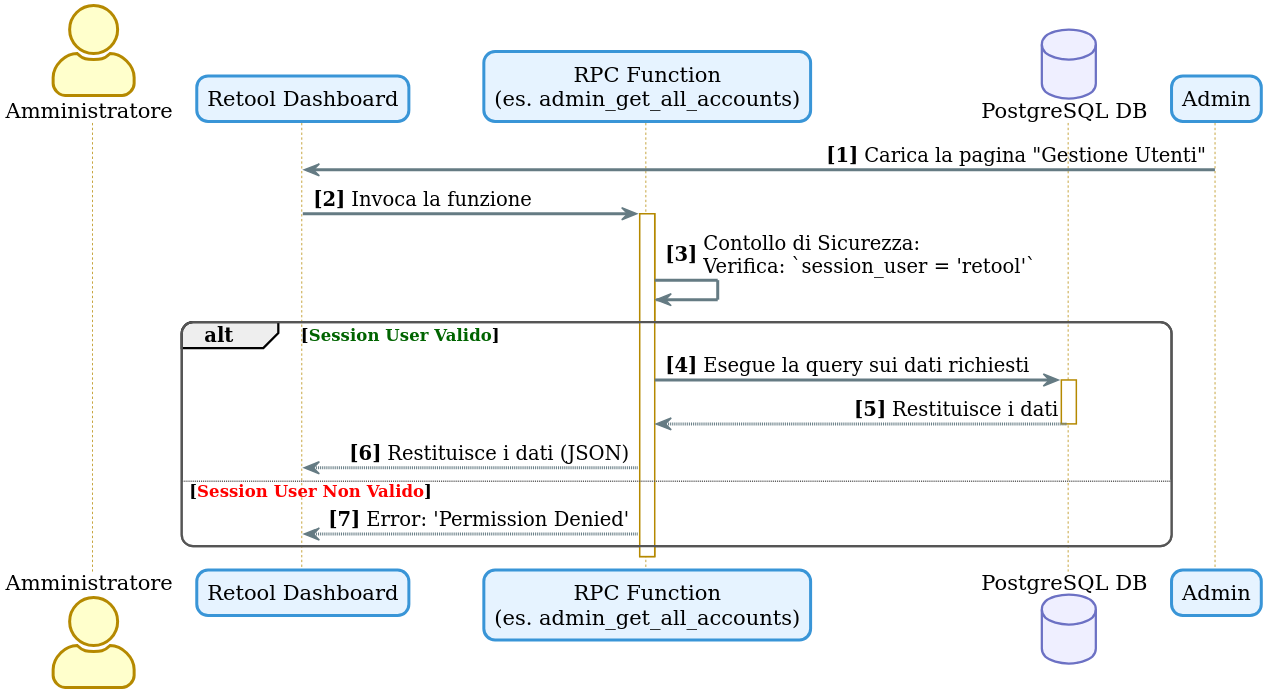
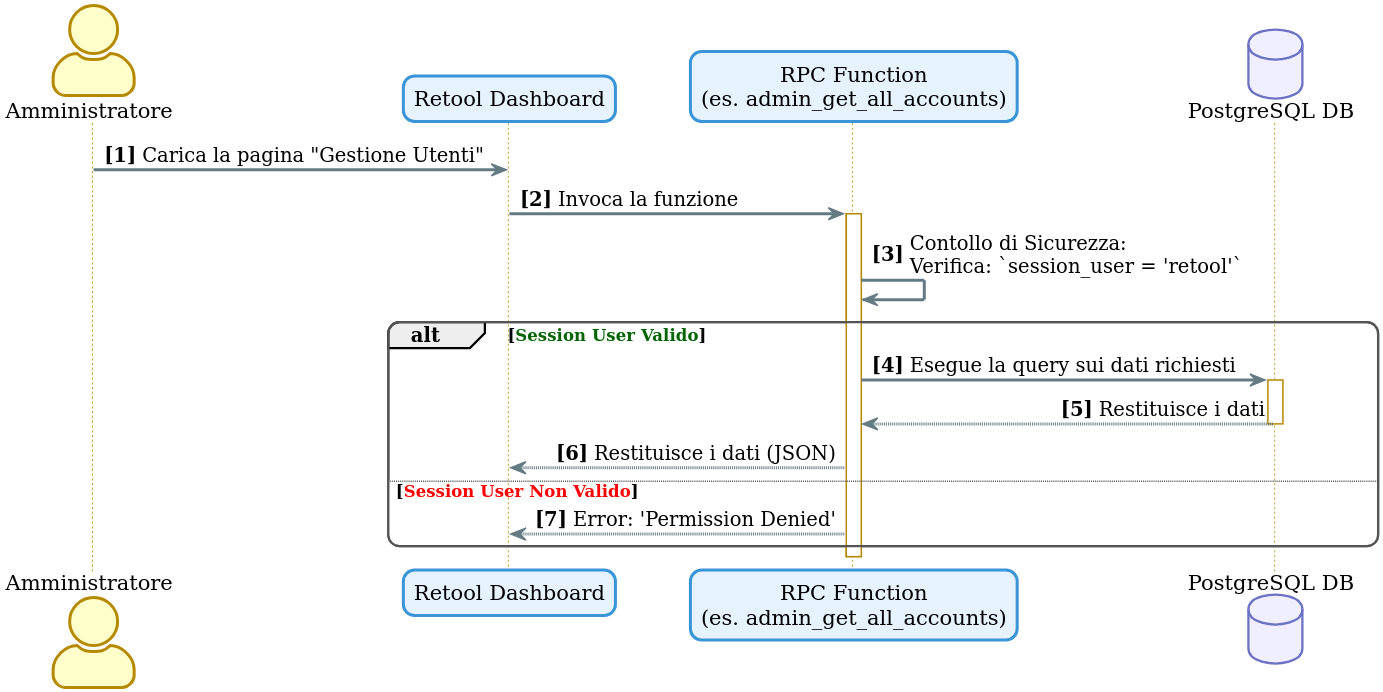
One commit to TMoretta/Swift-Contest changed the diagram in thesis/diagrams/src/retool-rpc-call.puml. Above: the diagram before and after it, drawn with PlantUML. The commit also changed 61 other files, not shown here.

```diff
--- a/thesis/diagrams/src/retool-rpc-call.puml
+++ b/thesis/diagrams/src/retool-rpc-call.puml
@@ -1,49 +1,49 @@
 @startuml
 
 !theme sunlust
 skinparam dpi 300
 skinparam backgroundColor transparent
 skinparam actorStyle awesome
 skinparam shadowing false
 
 autonumber "<b>[0]"
 
 skinparam package {
     backgroundColor #FFFFFF
     borderColor #555555
 }
 skinparam participant {
   backgroundColor #E6F3FF
   borderColor #3995D7
 }
 
 ' =======================================
 ' Definizione dei Partecipanti
 ' =======================================
-actor Amministratore
+actor Amministratore as Admin
 participant "Retool Dashboard" as Retool
 participant "RPC Function\n(es. admin_get_all_accounts)" as RPC
 database "PostgreSQL DB" as DB
 
 ' =======================================
 ' Flusso della Chiamata Sicura
 ' =======================================
 Admin -> Retool : Carica la pagina "Gestione Utenti"
 
 Retool -> RPC : Invoca la funzione
 activate RPC
 RPC -> RPC : Contollo di Sicurezza:\nVerifica: `session_user = 'retool'`
 
 alt <color:#006400>Session User Valido</color>
     RPC -> DB : Esegue la query sui dati richiesti
     activate DB
     DB --> RPC : Restituisce i dati
     deactivate DB
     RPC --> Retool : Restituisce i dati (JSON)
 else <color:red>Session User Non Valido</color>
     RPC --> Retool : Error: 'Permission Denied'
 end
 
 deactivate RPC
 
 @enduml
```
